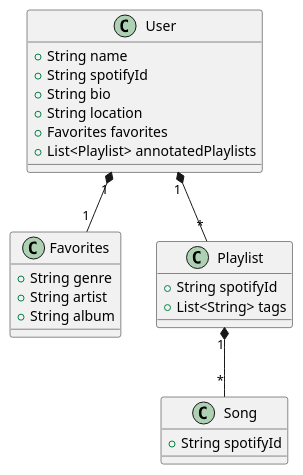
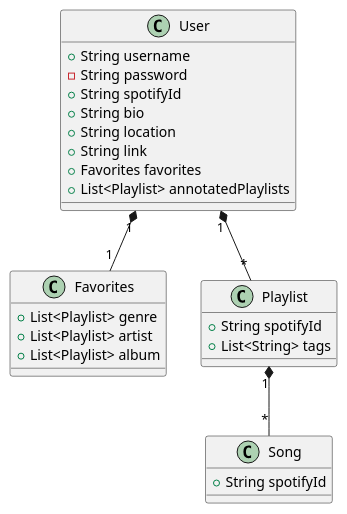
The diagram in db_structure.wsd (kadelk04/Spinterest), drawn with PlantUML before and after one commit. The commit also changed 1 other file, not shown here.

```diff
--- a/db_structure.wsd
+++ b/db_structure.wsd
@@ -2,35 +2,37 @@
 @startuml db_structure
 'Users structure'
 class User {
-    +String name
+    +String username
+    -String password
     +String spotifyId
     +String bio
     +String location
+    +String link
     +Favorites favorites
     +List<Playlist> annotatedPlaylists
 }
 
 'Favorites structure'
 class Favorites {
-    +String genre
-    +String artist
-    +String album
+    +List<Playlist> genre
+    +List<Playlist> artist
+    +List<Playlist> album
 }
 
 'Playlist structure'
 class Playlist {
     +String spotifyId
     +List<String> tags
 }
 
 'Song structure'
 class Song {
     +String spotifyId
 }
 
 Playlist "1" *-- "*" Song
 
 User "1" *-- "*" Playlist
 
 User "1" *-- "1" Favorites
 @enduml
```
